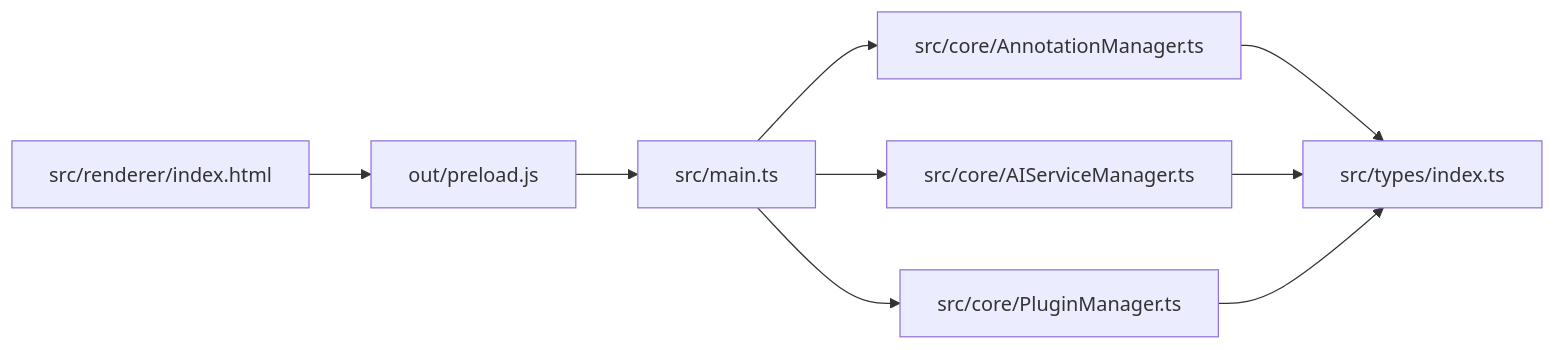
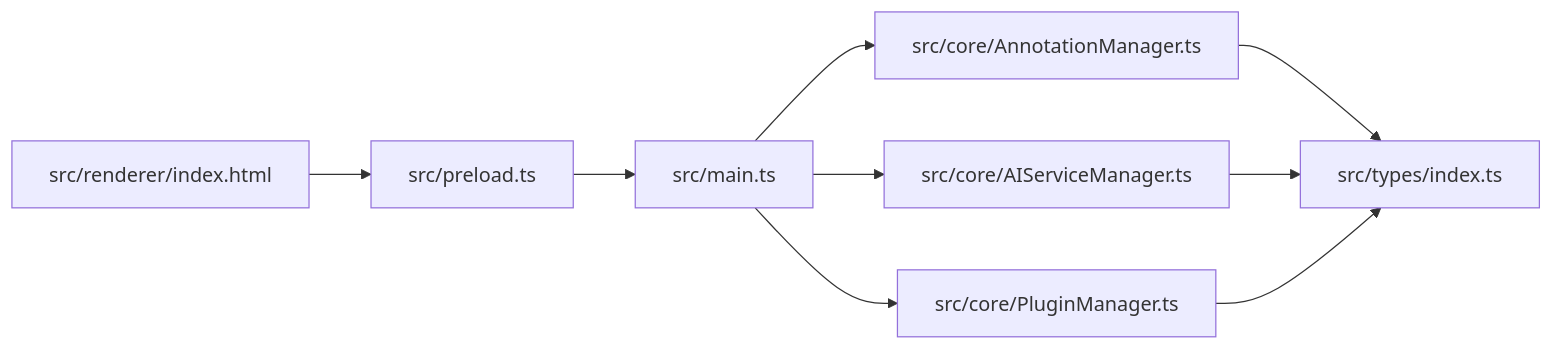
The ninth of 9 diagrams in .qoder/repowiki/en/content/Architecture Overview/Main Process Architecture.md (Chunde/SciPDFReader), drawn with Mermaid before and after one commit. The commit also changed other lines of this file and 25 other files, not shown here.

````diff
--- a/.qoder/repowiki/en/content/Architecture Overview/Main Process Architecture.md
+++ b/.qoder/repowiki/en/content/Architecture Overview/Main Process Architecture.md
@@ -362,11 +370,11 @@
 ```mermaid
 graph LR
 MAIN["src/main.ts"] --> ANNOT["src/core/AnnotationManager.ts"]
 MAIN --> AI["src/core/AIServiceManager.ts"]
 MAIN --> PLUG["src/core/PluginManager.ts"]
-PRELOAD["out/preload.js"] --> MAIN
+PRELOAD["src/preload.ts"] --> MAIN
 RENDERER["src/renderer/index.html"] --> PRELOAD
 ANNOT --> TYPES["src/types/index.ts"]
 AI --> TYPES
 PLUG --> TYPES
 ```
````
